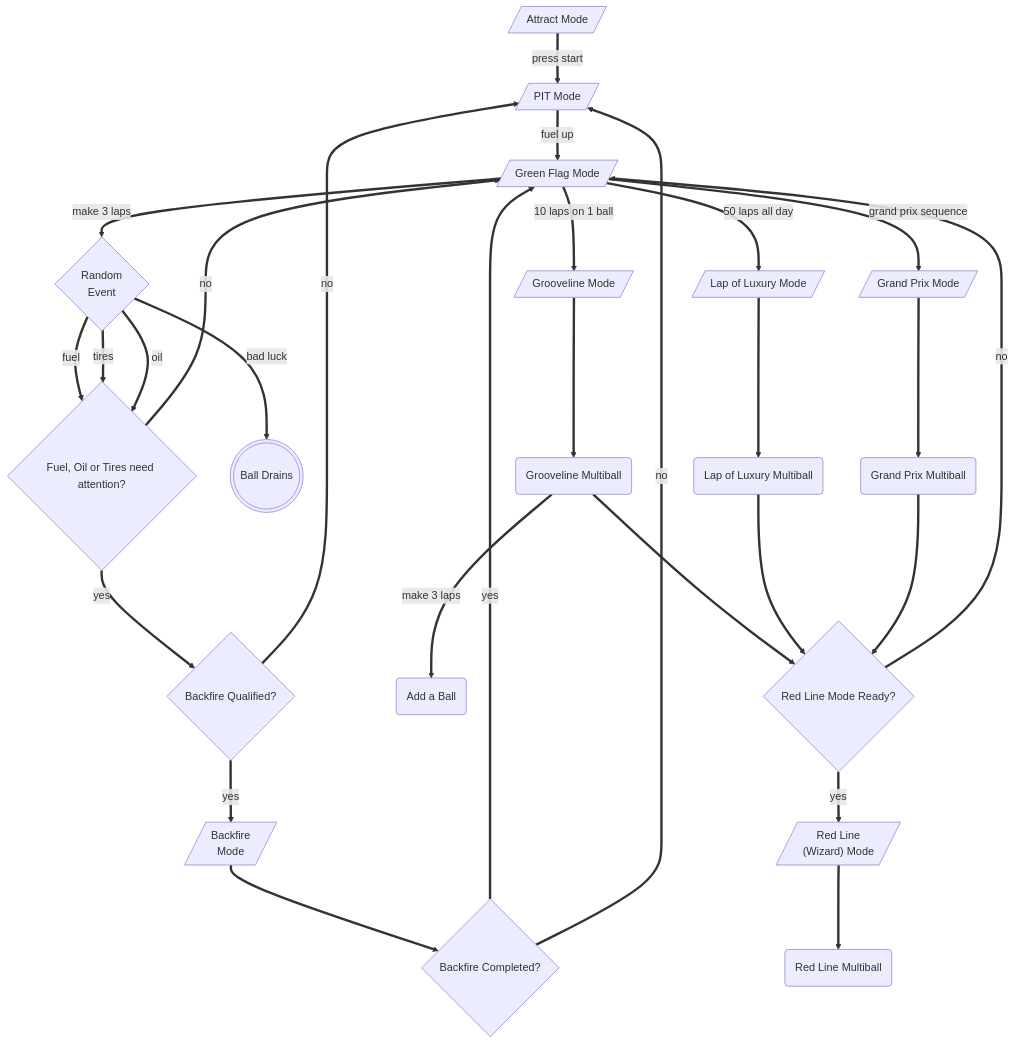
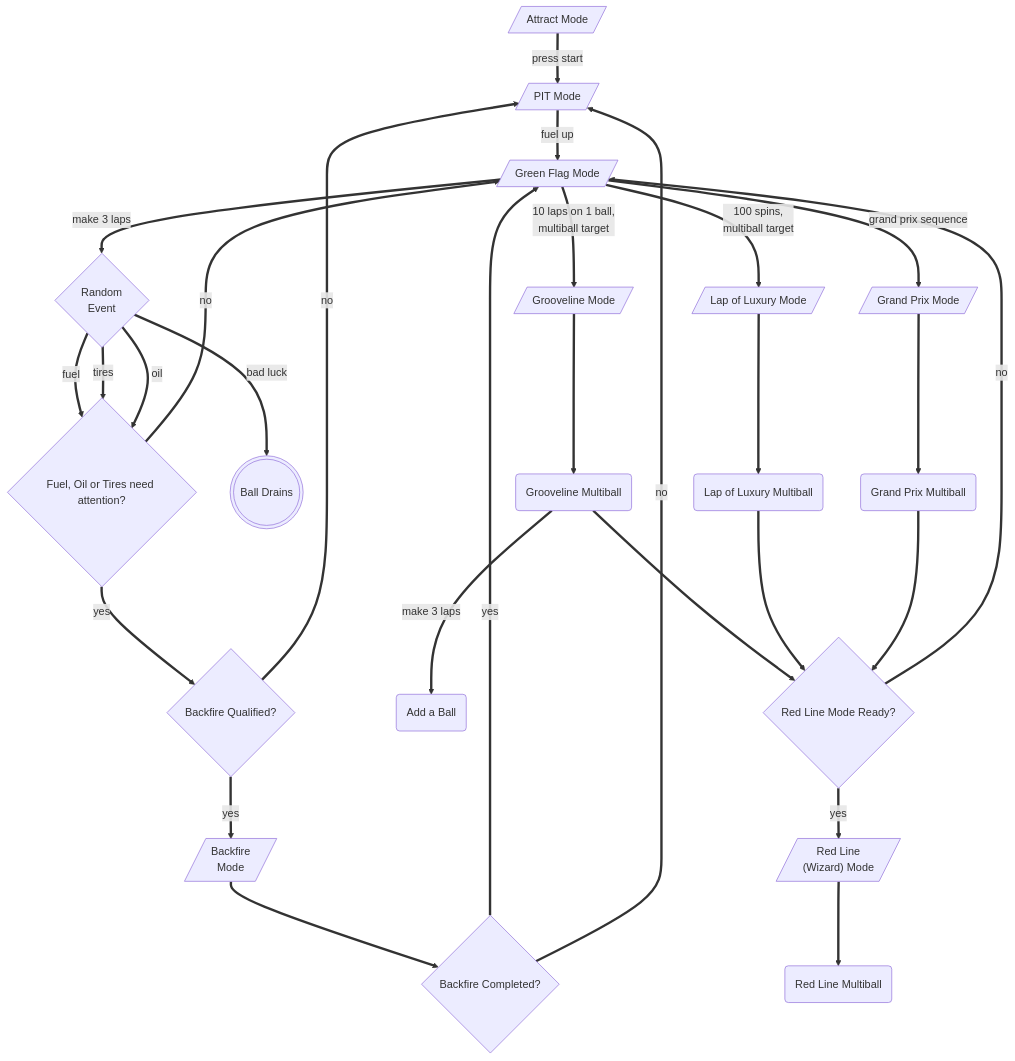
The diagram in README.md (deathsave/grand-prix), drawn with Mermaid before and after one commit. The commit also changed 6 other files, not shown here.

````diff
--- a/README.md
+++ b/README.md
@@ -25,32 +25,32 @@
 ```mermaid
 graph TD
   ATTRACT[/"Attract Mode"/] == press start ==> PIT[/"PIT Mode"/]
   PIT == fuel up ==> GREEN_FLAG[/"Green Flag Mode"/]
   GREEN_FLAG == make 3 laps ==> RANDOM1{"Random<br>Event"}
-  GREEN_FLAG == 10 laps on 1 ball ==> GL_MODE[/"Grooveline Mode"/]
-  GREEN_FLAG == 50 laps all day ==> LUX_MODE[/"Lap of Luxury Mode"/]
+  GREEN_FLAG == 10 laps on 1 ball,<br>multiball target ==> GL_MODE[/"Grooveline Mode"/]
+  GREEN_FLAG == 100 spins,<br>multiball target ==> LUX_MODE[/"Lap of Luxury Mode"/]
   GREEN_FLAG == grand prix sequence ==> GP_MODE[/"Grand Prix Mode"/]
   RANDOM1 == fuel ==>
     IS_NEED_PIT{"Fuel, Oil or Tires need attention?"}
   RANDOM1 == tires ==> IS_NEED_PIT
   RANDOM1 == oil ==> IS_NEED_PIT
   RANDOM1 == bad luck ==> BALL_DRAINS((("Ball Drains")))
   IS_NEED_PIT == yes ==> IS_BACKFIRE_QUALIFIED{"Backfire Qualified?"}
   IS_BACKFIRE_QUALIFIED == yes ==> BACKFIRE_MODE[/"Backfire<br>Mode"/]
   IS_BACKFIRE_QUALIFIED == no ==> PIT
   BACKFIRE_MODE ==> IS_BACKFIRE_COMPLETED{"Backfire Completed?"}
   IS_BACKFIRE_COMPLETED == yes ==> GREEN_FLAG
   IS_BACKFIRE_COMPLETED == no ==> PIT
   IS_NEED_PIT == no ==> GREEN_FLAG
   GL_MODE ==> GL_MULTI("Grooveline Multiball")
   LUX_MODE ==> LUX_MULTI("Lap of Luxury Multiball")
   GP_MODE ==> GP_MULTI("Grand Prix Multiball")
   GL_MULTI == make 3 laps ==> GL_MULTI_ADD_BALL("Add a Ball")
   GL_MULTI ==>
       IS_RF_MODE_READY{"Red Line Mode Ready?"}
   LUX_MULTI ==> IS_RF_MODE_READY
   GP_MULTI ==> IS_RF_MODE_READY
   IS_RF_MODE_READY == yes ==> RF_MODE[/"Red Line<br>(Wizard) Mode"/]
   IS_RF_MODE_READY == no ==> GREEN_FLAG
   RF_MODE ==> RF_MULTI("Red Line Multiball")
 ```
````
